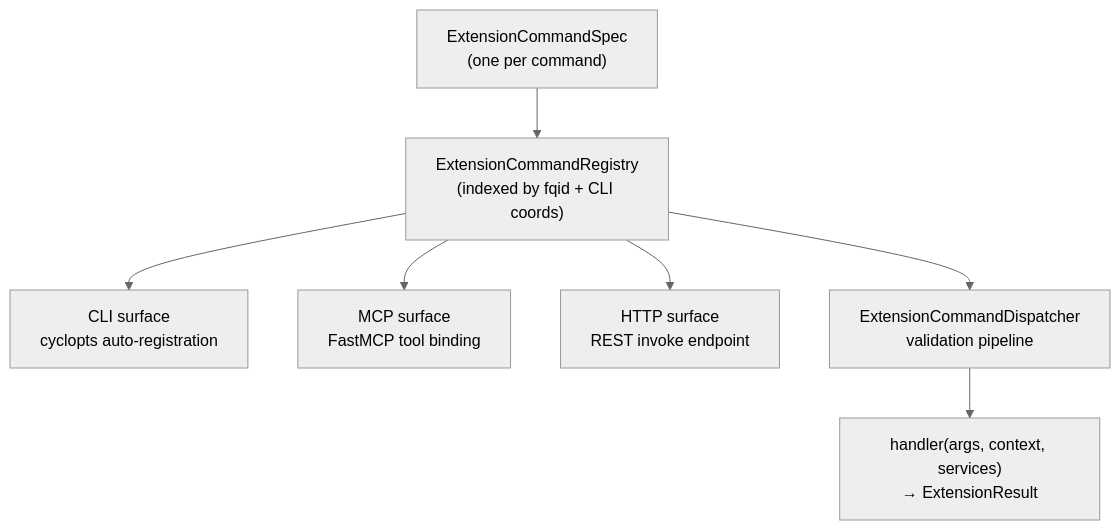
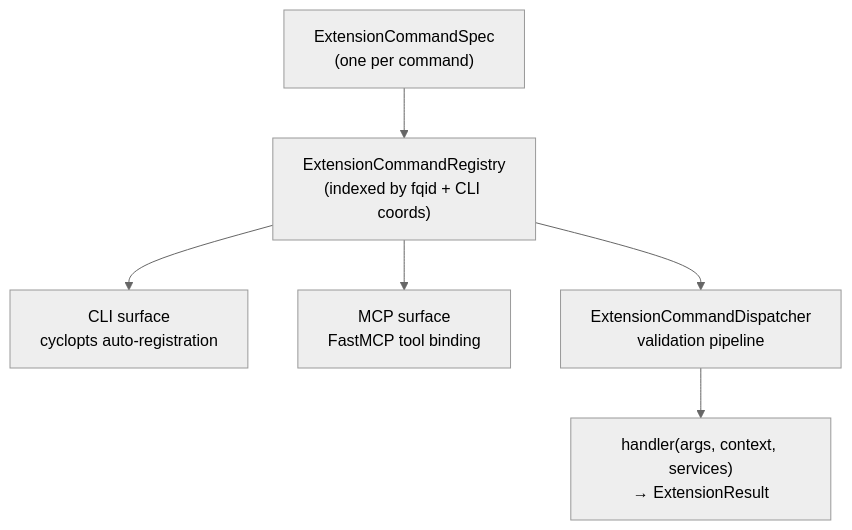
Before and after one commit to haowjy/meridian-cli-kb: the first of 2 diagrams in kb/concepts/extension-system.md, drawn with Mermaid (neutral theme). The commit also changed other lines of this file and 19 other files, not shown here.

````diff
--- a/kb/concepts/extension-system.md
+++ b/kb/concepts/extension-system.md
@@ -18,9 +17,8 @@
 ```mermaid
 graph TD
     SPEC["ExtensionCommandSpec\n(one per command)"] --> REG["ExtensionCommandRegistry\n(indexed by fqid + CLI coords)"]
     REG --> CLI["CLI surface\ncyclopts auto-registration"]
     REG --> MCP["MCP surface\nFastMCP tool binding"]
-    REG --> HTTP["HTTP surface\nREST invoke endpoint"]
     REG --> DISPATCH["ExtensionCommandDispatcher\nvalidation pipeline"]
     DISPATCH --> HANDLER["handler(args, context, services)\n→ ExtensionResult"]
 ```
````
